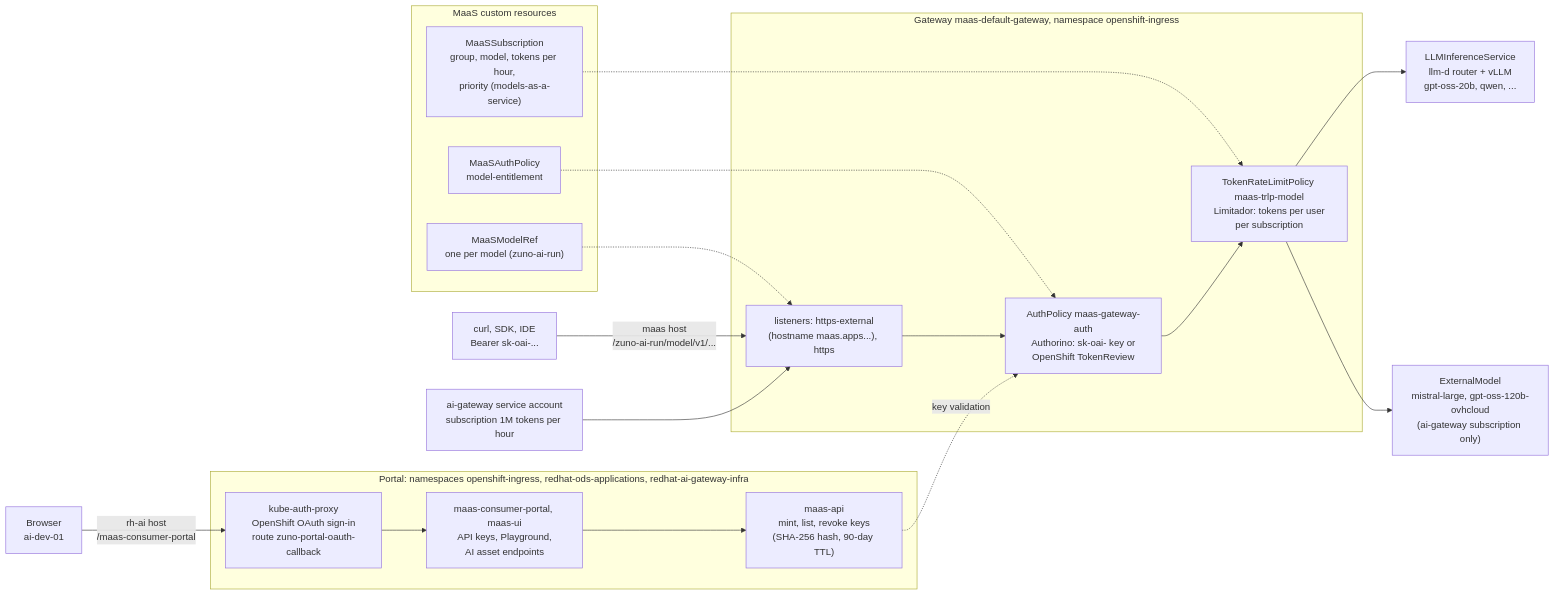
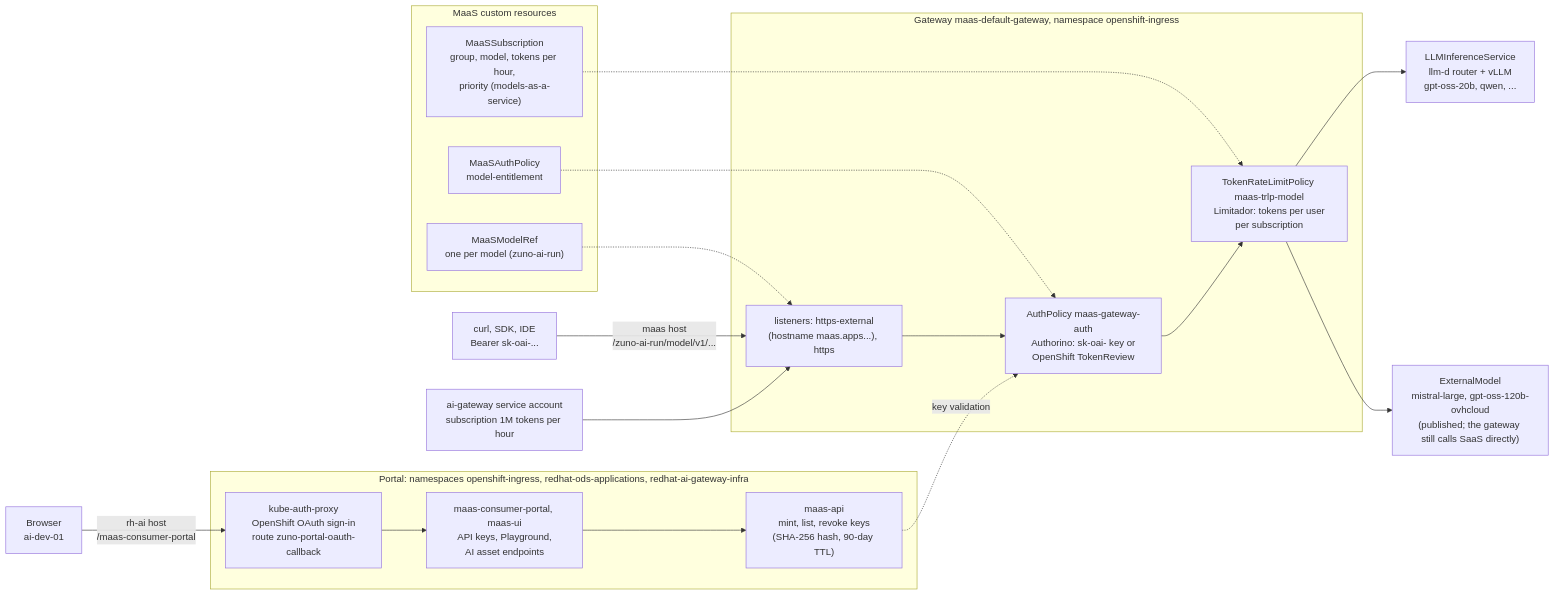
One commit to startxfr/zuno-demo changed the second of 2 diagrams in docs/demo/scenarios/rhoai/maas-portal-api-keys.md. Above: the diagram before and after it, drawn with Mermaid. The commit also changed other lines of this file and 29 other files, not shown here.

````diff
--- a/docs/demo/scenarios/rhoai/maas-portal-api-keys.md
+++ b/docs/demo/scenarios/rhoai/maas-portal-api-keys.md
@@ -195,29 +200,29 @@
 ```mermaid
 flowchart LR
   DEV["Browser<br/>ai-dev-01"] -->|"rh-ai host<br/>/maas-consumer-portal"| KAP
   CLI["curl, SDK, IDE<br/>Bearer sk-oai-..."] -->|"maas host<br/>/zuno-ai-run/model/v1/..."| GWY
   subgraph PORTAL["Portal: namespaces openshift-ingress, redhat-ods-applications, redhat-ai-gateway-infra"]
     KAP["kube-auth-proxy<br/>OpenShift OAuth sign-in<br/>route zuno-portal-oauth-callback"]
     UI["maas-consumer-portal, maas-ui<br/>API keys, Playground,<br/>AI asset endpoints"]
     API["maas-api<br/>mint, list, revoke keys<br/>(SHA-256 hash, 90-day TTL)"]
   end
   KAP --> UI --> API
   subgraph GATEWAY["Gateway maas-default-gateway, namespace openshift-ingress"]
     GWY["listeners: https-external<br/>(hostname maas.apps...), https"]
     AUTH["AuthPolicy maas-gateway-auth<br/>Authorino: sk-oai- key or<br/>OpenShift TokenReview"]
     TRLP["TokenRateLimitPolicy maas-trlp-model<br/>Limitador: tokens per user<br/>per subscription"]
   end
   GWY --> AUTH --> TRLP
   API -. key validation .-> AUTH
   subgraph CRS["MaaS custom resources"]
     SUB["MaaSSubscription<br/>group, model, tokens per hour,<br/>priority (models-as-a-service)"]
     MAP["MaaSAuthPolicy<br/>model-entitlement"]
     REF["MaaSModelRef<br/>one per model (zuno-ai-run)"]
   end
   SUB -.-> TRLP
   MAP -.-> AUTH
   REF -.-> GWY
   TRLP --> LLM["LLMInferenceService<br/>llm-d router + vLLM<br/>gpt-oss-20b, qwen, ..."]
-  TRLP --> EXTM["ExternalModel<br/>mistral-large, gpt-oss-120b-ovhcloud<br/>(ai-gateway subscription only)"]
+  TRLP --> EXTM["ExternalModel<br/>mistral-large, gpt-oss-120b-ovhcloud<br/>(published; the gateway still calls SaaS directly)"]
   AIGW["ai-gateway service account<br/>subscription 1M tokens per hour"] --> GWY
 ```
````
